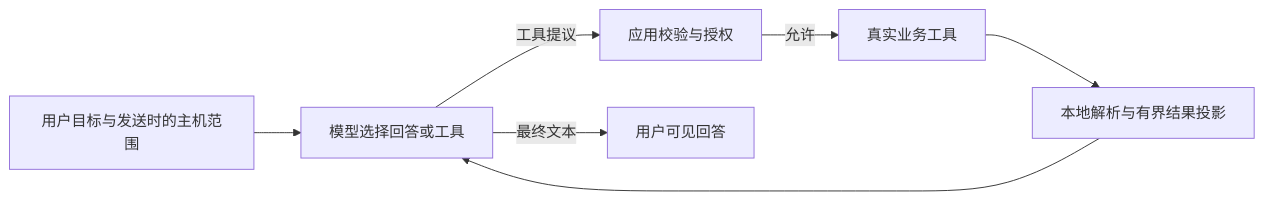
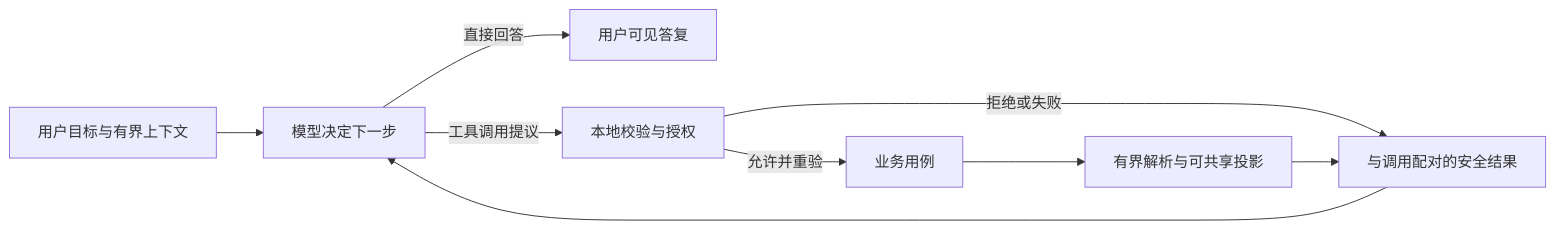
The first of 3 diagrams in docs/AI_AGENT_GUIDE.md (Marchen-orz/Sshairy), drawn with Mermaid before and after one commit. The commit also changed other lines of this file and 3 other files, not shown here.

````diff
--- a/docs/AI_AGENT_GUIDE.md
+++ b/docs/AI_AGENT_GUIDE.md
@@ -71,9 +28,11 @@
 ```mermaid
 flowchart LR
-  U[用户目标与发送时的主机范围] --> M[模型选择回答或工具]
-  M -->|工具提议| G[应用校验与授权]
-  G -->|允许| T[真实业务工具]
-  T --> O[本地解析与有界结果投影]
-  O --> M
-  M -->|最终文本| A[用户可见回答]
+    U[用户目标与有界上下文] --> M[模型决定下一步]
+    M -->|直接回答| A[用户可见答复]
+    M -->|工具调用提议| V[本地校验与授权]
+    V -->|拒绝或失败| R[与调用配对的安全结果]
+    V -->|允许并重验| T[业务用例]
+    T --> P[有界解析与可共享投影]
+    P --> R
+    R --> M
 ```
````
